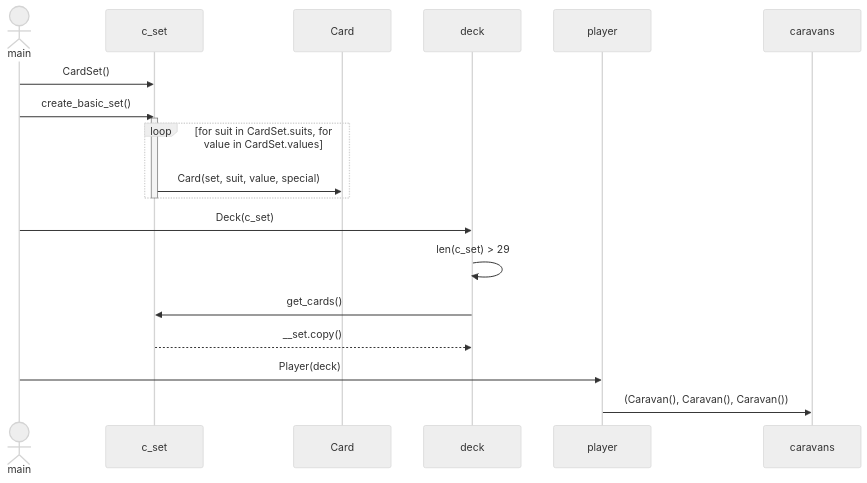
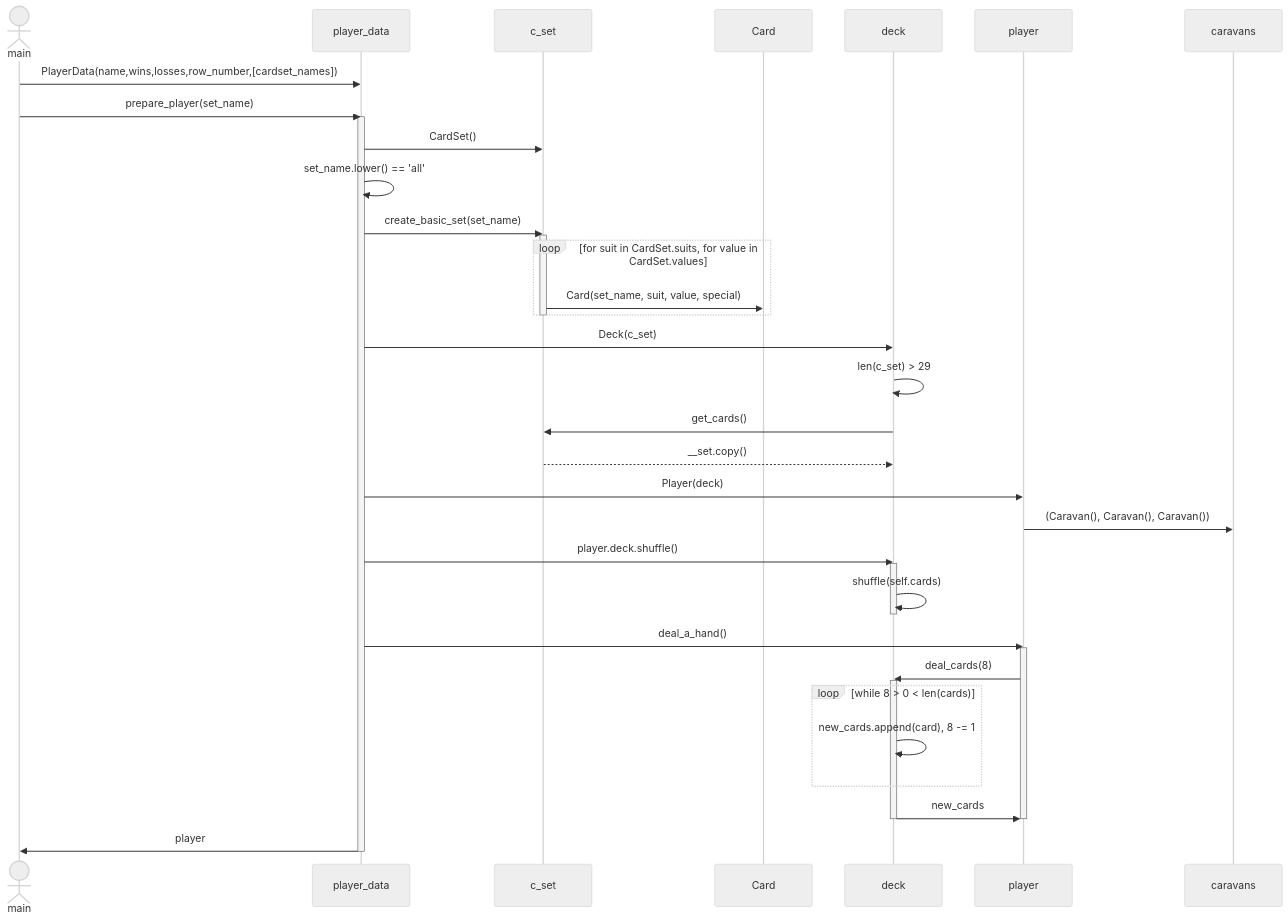
The second of 2 diagrams in caravan/dokumentaatio/arkkitehtuuri.md (Wincewind/ot-harjoitustyo), drawn with Mermaid (neutral theme) before and after one commit. The commit also changed other lines of this file, not shown here.

````diff
--- a/caravan/dokumentaatio/arkkitehtuuri.md
+++ b/caravan/dokumentaatio/arkkitehtuuri.md
@@ -51,21 +51,42 @@
 ```mermaid
 sequenceDiagram
   actor main
+  participant player_data
   participant c_set
   participant Card
   participant deck
   participant player
-  main->>c_set: CardSet()
-  main->>c_set: create_basic_set()
+  main->>player_data: PlayerData(name,wins,losses,row_number,[cardset_names])
+  main->>player_data: prepare_player(set_name)
+  activate player_data
+  player_data->>c_set: CardSet()
+  player_data->>player_data: set_name.lower() == 'all'
+  player_data->>c_set: create_basic_set(set_name)
   activate c_set
   loop for suit in CardSet.suits, for value in CardSet.values
-  c_set ->> Card: Card(set, suit, value, special)
+  c_set ->> Card: Card(set_name, suit, value, special)
   end
   deactivate c_set
-  main->>deck: Deck(c_set)
+  player_data->>deck: Deck(c_set)
   deck->>deck: len(c_set) > 29
   deck->>c_set: get_cards()
   c_set-->>deck: __set.copy()
-  main->>player: Player(deck)
+  player_data->>player: Player(deck)
   player->>caravans: (Caravan(), Caravan(), Caravan())
+  player_data->>deck: player.deck.shuffle()
+  activate deck
+  deck->>deck: shuffle(self.cards)
+  deactivate deck
+  player_data->>player: deal_a_hand()
+  activate player
+  player->>deck: deal_cards(8)
+  activate deck
+  loop while 8 > 0 < len(cards)
+  deck->>deck: new_cards.append(card), 8 -= 1
+  end
+  deck->>player: new_cards
+  deactivate deck
+  deactivate player
+  player_data->>main: player
+  deactivate player_data
 ```
````
